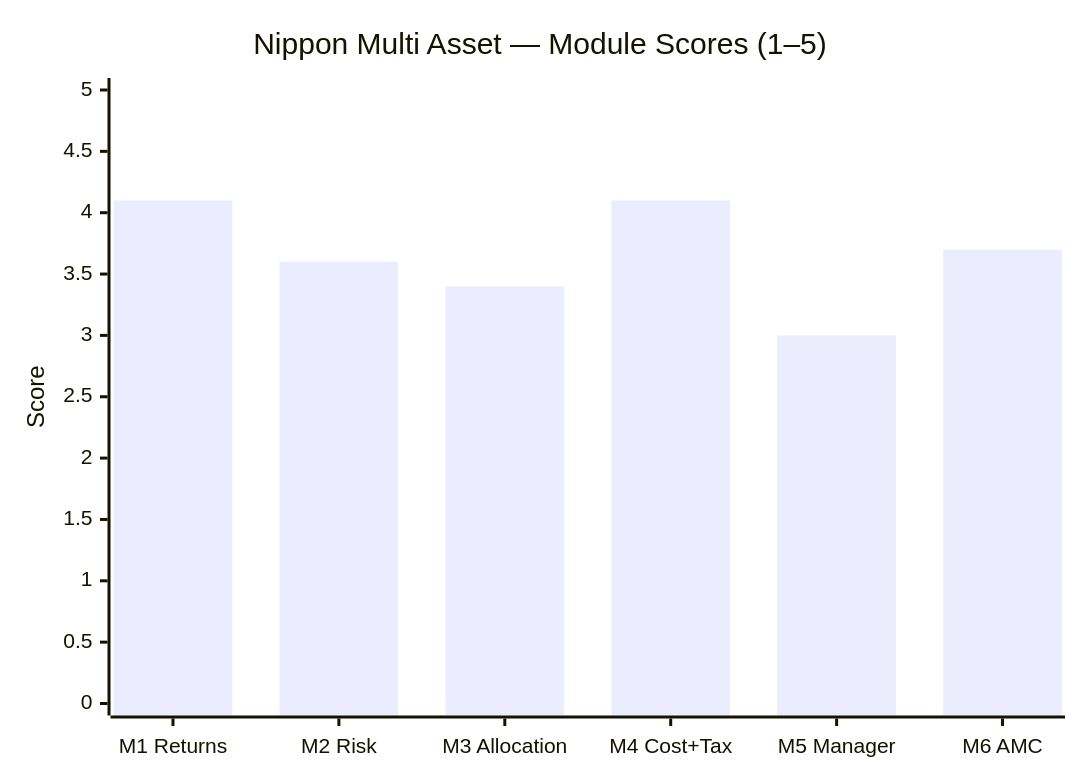
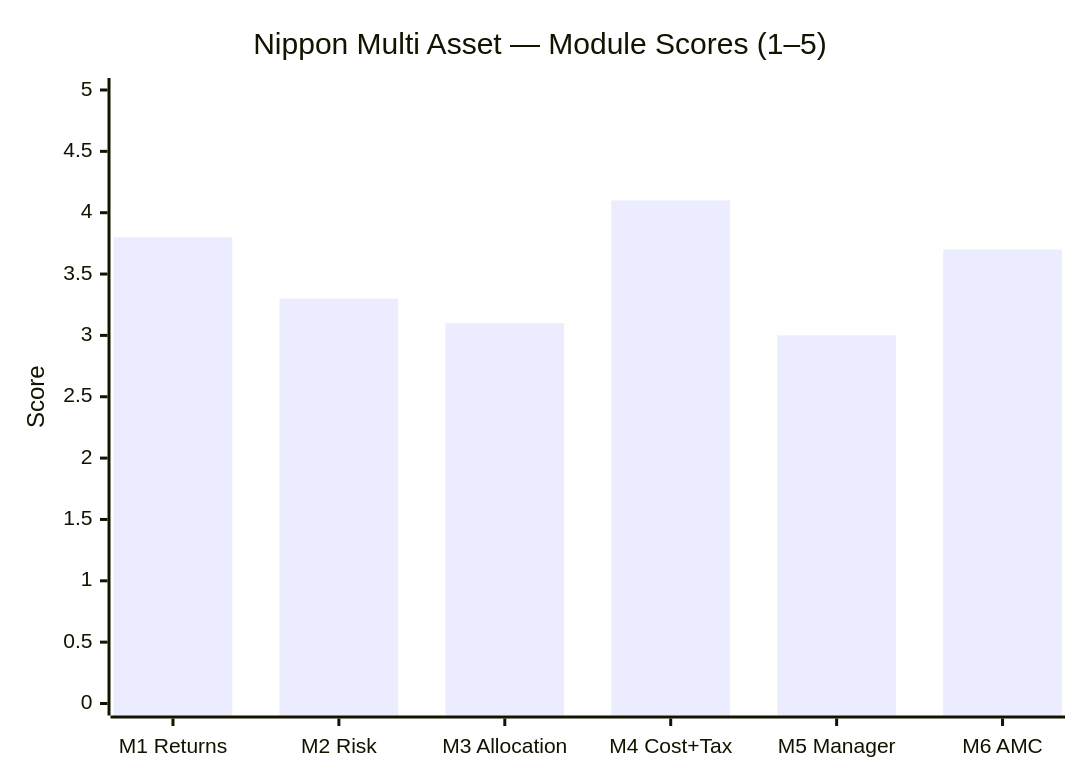
Before and after one commit to mayankutkarsh334/Investment: the diagram in Mutual Fund/MultiAsset/funds/nippon/README.md, drawn with Mermaid. The commit also changed other lines of this file and 21 other files, not shown here.

````diff
--- a/Mutual Fund/MultiAsset/funds/nippon/README.md
+++ b/Mutual Fund/MultiAsset/funds/nippon/README.md
@@ -13,7 +24,7 @@
 ```mermaid
 xychart-beta
     title "Nippon Multi Asset — Module Scores (1–5)"
     x-axis ["M1 Returns", "M2 Risk", "M3 Allocation", "M4 Cost+Tax", "M5 Manager", "M6 AMC"]
     y-axis "Score" 0 --> 5
-    bar [4.1, 3.6, 3.4, 4.1, 3.0, 3.7]
+    bar [3.8, 3.3, 3.1, 4.1, 3.0, 3.7]
 ```
````
